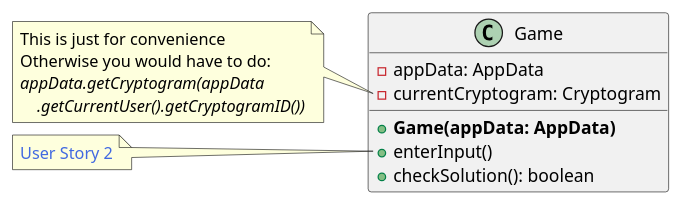
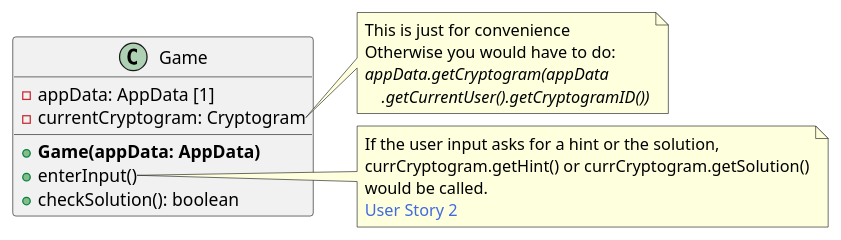
The diagram in Class-Diagrams/src/game.puml (finlaysr/CS207-Cryptograms), drawn with PlantUML before and after one commit. The commit also changed 5 other files, not shown here.

```diff
--- a/Class-Diagrams/src/game.puml
+++ b/Class-Diagrams/src/game.puml
@@ -1,28 +1,26 @@
 @startuml
 
 class Game {
-    - appData: AppData
+    - appData: AppData [1]
     - currentCryptogram: Cryptogram
     + **Game(appData: AppData)**
     + enterInput()
     + checkSolution(): boolean
 }
 
-note left of Game::currentCryptogram
+note right of Game::currentCryptogram
     This is just for convenience
     Otherwise you would have to do:
     <i>appData.getCryptogram(appData </i>
     <i>    .getCurrentUser().getCryptogramID())</i>
 end note
 
-note left of Game::enterInput
-If the user input asks for a hint or the solution, 
-currCryptogram.getHint() or currCryptogram.getSolution()
-would be called
+note right of Game::enterInput
+    If the user input asks for a hint or the solution,
+    currCryptogram.getHint() or currCryptogram.getSolution()
+    would be called.
+    <color:royalBlue>User Story 2</color>
 end note
 
 
-note left of Game::enterInput
-    <color:royalBlue>User Story 2</color>
-end note
 @enduml
```
